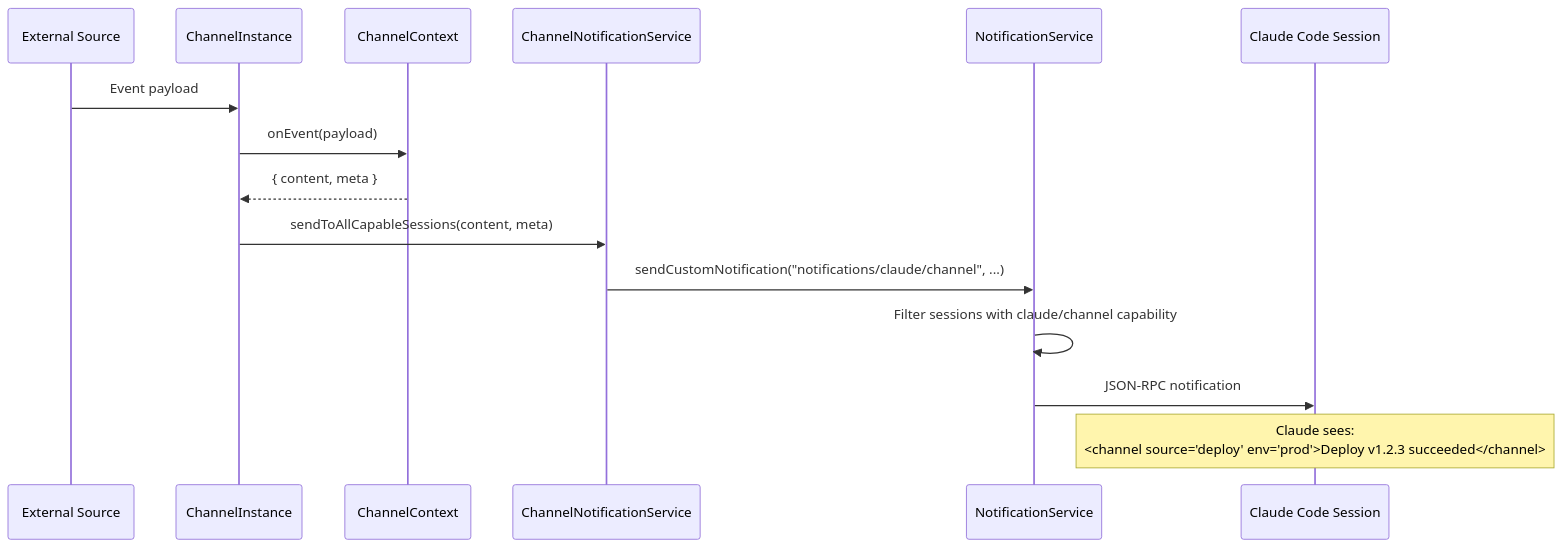
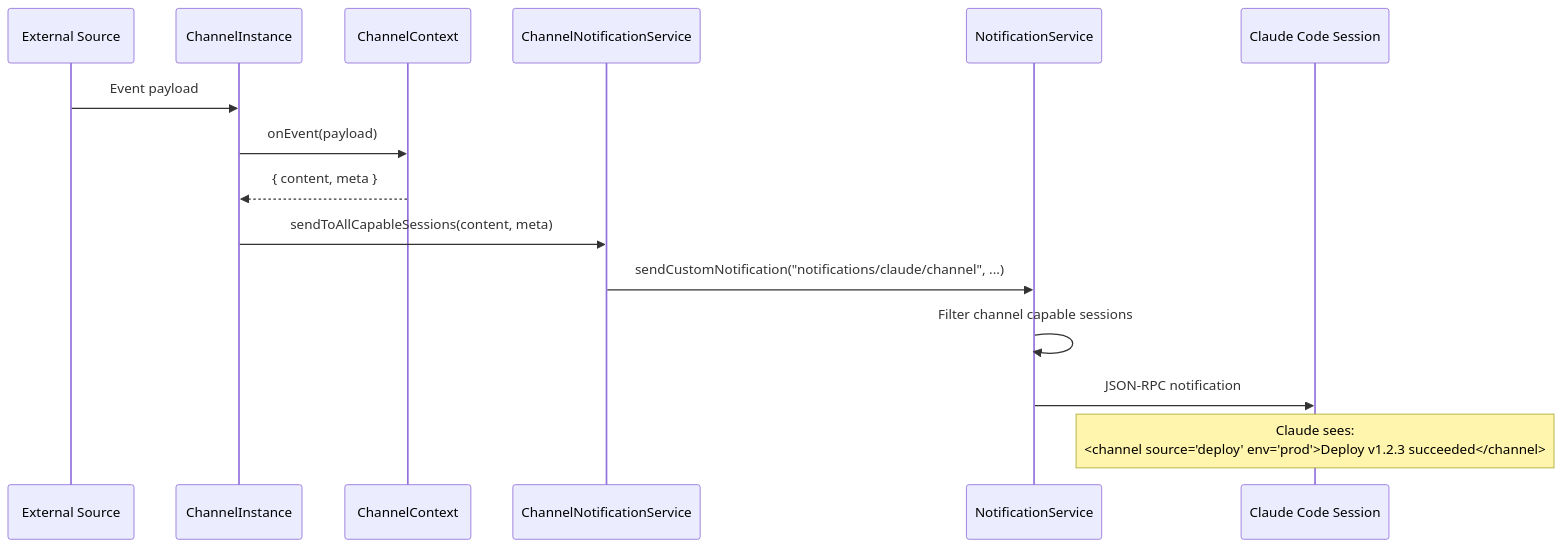
One commit to agentfront/frontmcp changed the second of 7 diagrams in libs/sdk/src/channel/README.md. Above: the diagram before and after it, drawn with Mermaid. The commit also changed other lines of this file and 22 other files, not shown here.

````diff
--- a/libs/sdk/src/channel/README.md
+++ b/libs/sdk/src/channel/README.md
@@ -53,19 +53,19 @@
 ```mermaid
 sequenceDiagram
     participant Src as External Source
     participant CH as ChannelInstance
     participant CTX as ChannelContext
     participant CNS as ChannelNotificationService
     participant NS as NotificationService
     participant CC as Claude Code Session
 
     Src->>CH: Event payload
     CH->>CTX: onEvent(payload)
     CTX-->>CH: { content, meta }
     CH->>CNS: sendToAllCapableSessions(content, meta)
     CNS->>NS: sendCustomNotification("notifications/claude/channel", ...)
-    NS->>NS: Filter sessions with claude/channel capability
+    NS->>NS: Filter channel capable sessions
     NS->>CC: JSON-RPC notification
 
     Note over CC: Claude sees:<br/><channel source="deploy" env="prod">Deploy v1.2.3 succeeded</channel>
 ```
````
